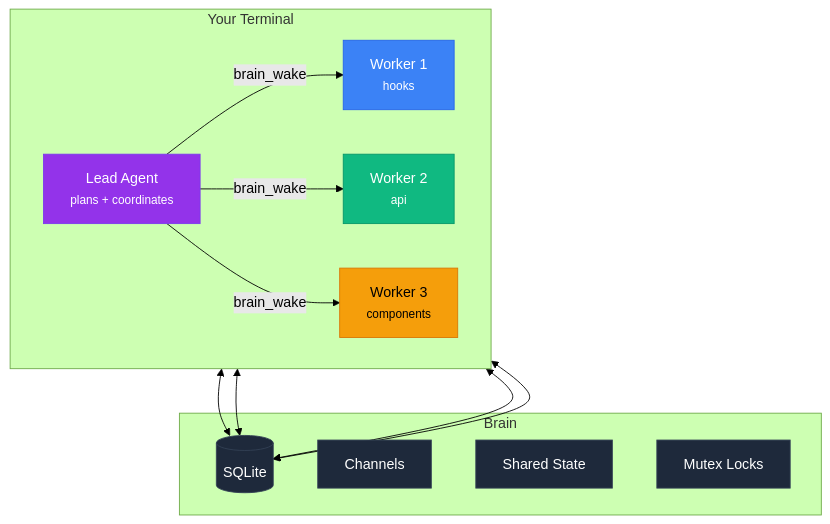
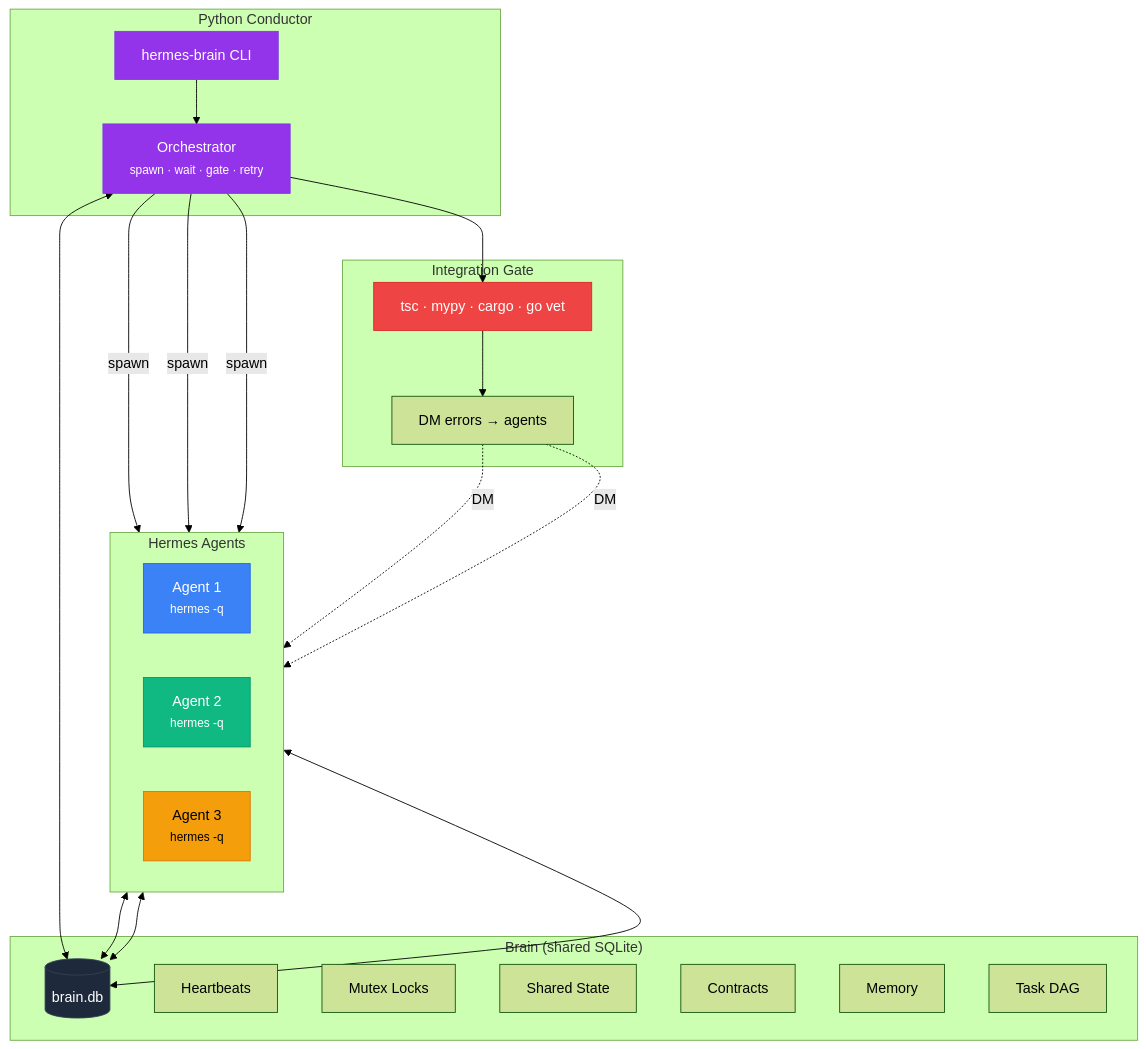
The first of 8 diagrams in README.md (DevvGwardo/brain-mcp), drawn with Mermaid (forest theme) before and after one commit. The commit also changed other lines of this file and 18 other files, not shown here.

First line of the commit message:
Pivot to Hermes-first orchestration — new Python conductor + README rewrite

````diff
--- a/README.md
+++ b/README.md
@@ -81,35 +98,52 @@
 ```mermaid
 graph TB
-    subgraph "Your Terminal"
-        direction LR
-        L["Lead Agent<br/><small>plans + coordinates</small>"]
-        W1["Worker 1<br/><small>hooks</small>"]
-        W2["Worker 2<br/><small>api</small>"]
-        W3["Worker 3<br/><small>components</small>"]
+    subgraph "Python Conductor"
+        CLI["hermes-brain CLI"]
+        ORCH["Orchestrator<br/><small>spawn · wait · gate · retry</small>"]
     end
 
-    L -->|"brain_wake"| W1
-    L -->|"brain_wake"| W2
-    L -->|"brain_wake"| W3
-
-    subgraph "Brain"
-        DB[("SQLite")]
-        CH["Channels"]
-        KV["Shared State"]
-        MX["Mutex Locks"]
+    subgraph "Hermes Agents"
+        direction LR
+        H1["Agent 1<br/><small>hermes -q</small>"]
+        H2["Agent 2<br/><small>hermes -q</small>"]
+        H3["Agent 3<br/><small>hermes -q</small>"]
     end
 
-    L <--> DB
-    W1 <--> DB
-    W2 <--> DB
-    W3 <--> DB
+    CLI --> ORCH
+    ORCH -->|spawn| H1
+    ORCH -->|spawn| H2
+    ORCH -->|spawn| H3
 
-    style L fill:#9333EA,stroke:#7C3AED,color:#fff
-    style W1 fill:#3B82F6,stroke:#2563EB,color:#fff
-    style W2 fill:#10B981,stroke:#059669,color:#fff
-    style W3 fill:#F59E0B,stroke:#D97706,color:#000
+    subgraph "Brain (shared SQLite)"
+        DB[("brain.db")]
+        PULSE["Heartbeats"]
+        MX["Mutex Locks"]
+        KV["Shared State"]
+        CON["Contracts"]
+        MEM["Memory"]
+        PLAN["Task DAG"]
+    end
+
+    ORCH <--> DB
+    H1 <--> DB
+    H2 <--> DB
+    H3 <--> DB
+
+    subgraph "Integration Gate"
+        GATE["tsc · mypy · cargo · go vet"]
+        ROUTE["DM errors → agents"]
+    end
+
+    ORCH --> GATE
+    GATE --> ROUTE
+    ROUTE -.->|DM| H1
+    ROUTE -.->|DM| H2
+
+    style CLI fill:#9333EA,stroke:#7C3AED,color:#fff
+    style ORCH fill:#9333EA,stroke:#7C3AED,color:#fff
+    style H1 fill:#3B82F6,stroke:#2563EB,color:#fff
+    style H2 fill:#10B981,stroke:#059669,color:#fff
+    style H3 fill:#F59E0B,stroke:#D97706,color:#000
     style DB fill:#1E293B,stroke:#334155,color:#fff
-    style CH fill:#1E293B,stroke:#334155,color:#fff
-    style KV fill:#1E293B,stroke:#334155,color:#fff
-    style MX fill:#1E293B,stroke:#334155,color:#fff
+    style GATE fill:#EF4444,stroke:#DC2626,color:#fff
 ```
````
